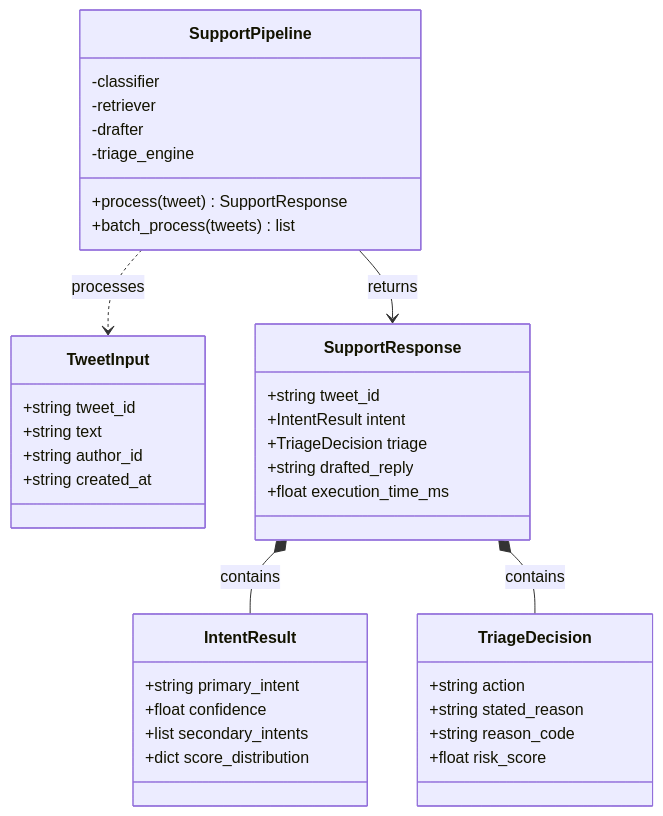
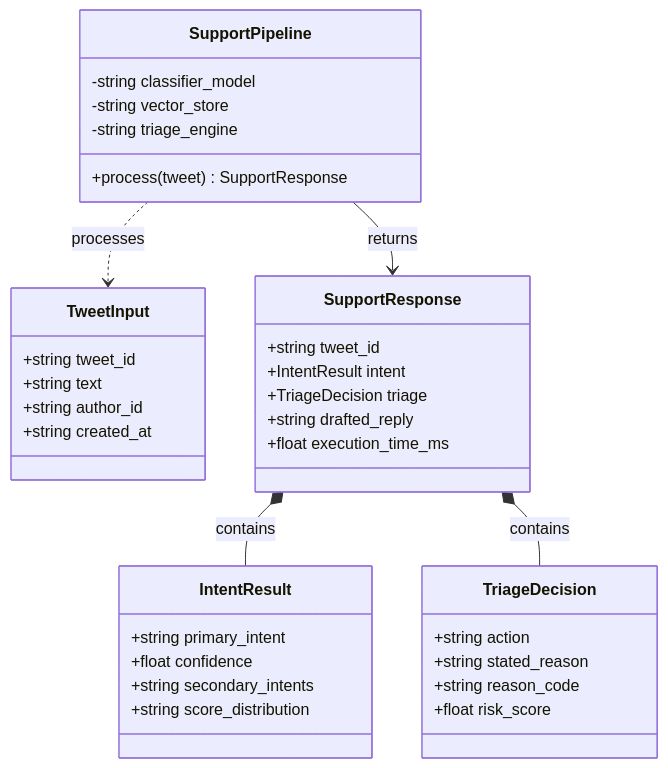
One commit to nanthitha25/hiver_assignment changed the fourth of 5 diagrams in README.md. Above: the diagram before and after it, drawn with Mermaid. The commit also changed other lines of this file, not shown here.

Commit message:
fix(docs): quote all Mermaid labels and remove unquoted special characters to fix GitHub rich display rendering

````diff
--- a/README.md
+++ b/README.md
@@ -159,45 +159,43 @@
 ```mermaid
 classDiagram
     class TweetInput {
         +string tweet_id
         +string text
         +string author_id
         +string created_at
     }
 
     class IntentResult {
         +string primary_intent
         +float confidence
-        +list secondary_intents
-        +dict score_distribution
+        +string secondary_intents
+        +string score_distribution
     }
 
     class TriageDecision {
         +string action
         +string stated_reason
         +string reason_code
         +float risk_score
     }
 
     class SupportResponse {
         +string tweet_id
         +IntentResult intent
         +TriageDecision triage
         +string drafted_reply
         +float execution_time_ms
     }
 
     class SupportPipeline {
-        -classifier
-        -retriever
-        -drafter
-        -triage_engine
+        -string classifier_model
+        -string vector_store
+        -string triage_engine
         +process(tweet) SupportResponse
-        +batch_process(tweets) list
     }
 
     SupportPipeline ..> TweetInput : processes
     SupportPipeline --> SupportResponse : returns
     SupportResponse *-- IntentResult : contains
     SupportResponse *-- TriageDecision : contains
 ```
````
